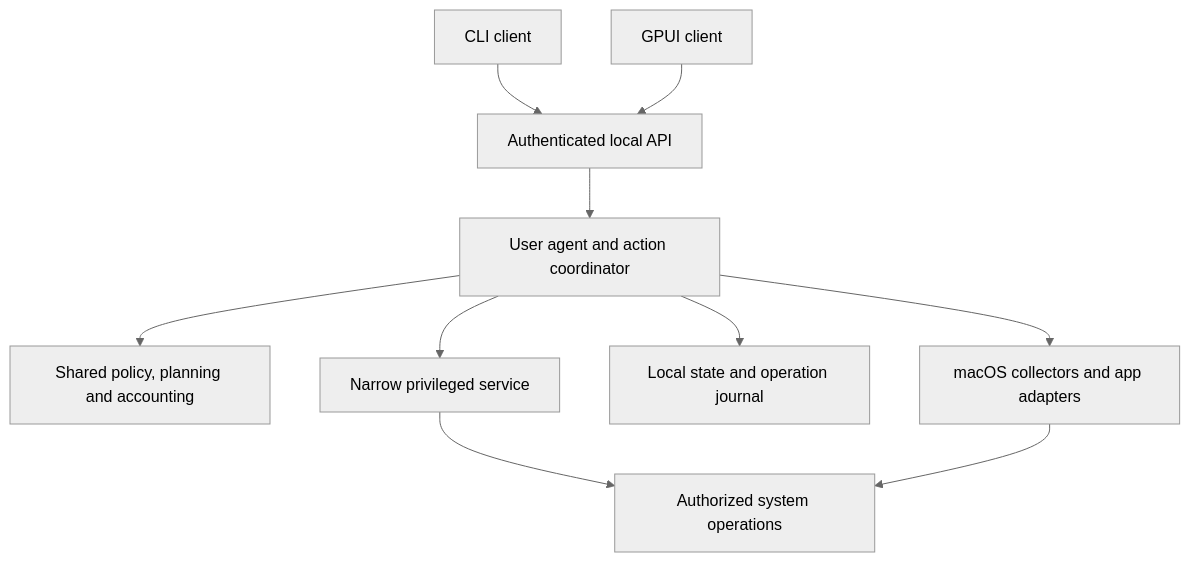
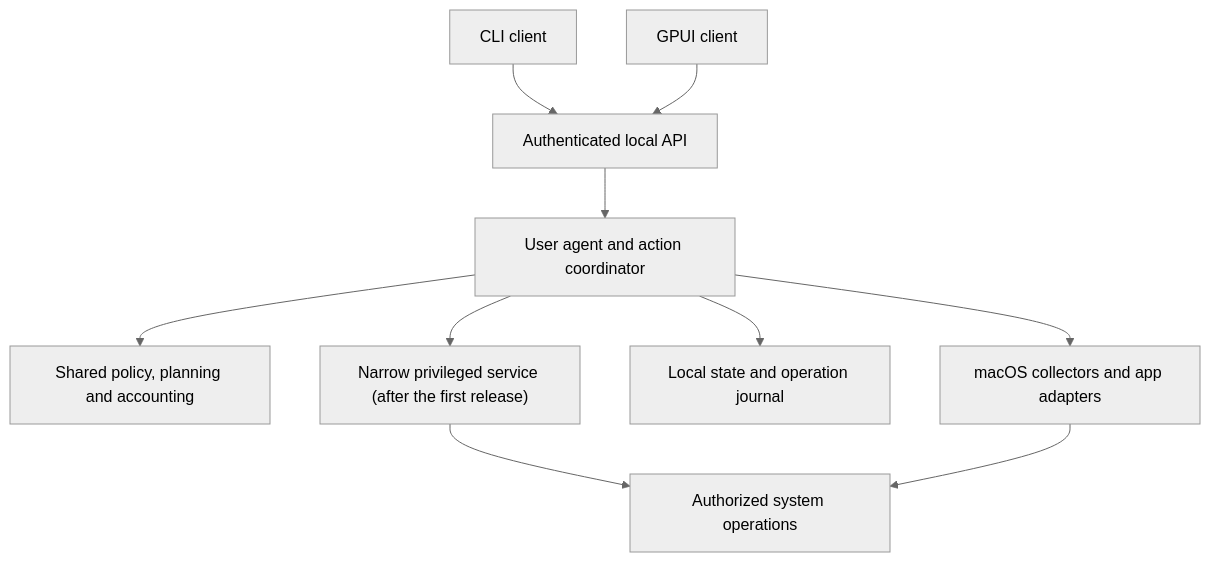
One commit to po4yka/svalnir changed the second of 2 diagrams in README.md. Above: the diagram before and after it, drawn with Mermaid (neutral theme). The commit also changed other lines of this file and 7 other files, not shown here.

````diff
--- a/README.md
+++ b/README.md
@@ -565,12 +566,12 @@
 ```mermaid
 flowchart TD
     CLI["CLI client"] --> IPC["Authenticated local API"]
     GUI["GPUI client"] --> IPC
     IPC --> Agent["User agent and action coordinator"]
     Agent --> Core["Shared policy, planning and accounting"]
     Agent --> Collectors["macOS collectors and app adapters"]
     Agent --> Journal["Local state and operation journal"]
-    Agent --> Helper["Narrow privileged service"]
+    Agent --> Helper["Narrow privileged service (after the first release)"]
     Helper --> System["Authorized system operations"]
     Collectors --> System
 ```
````
